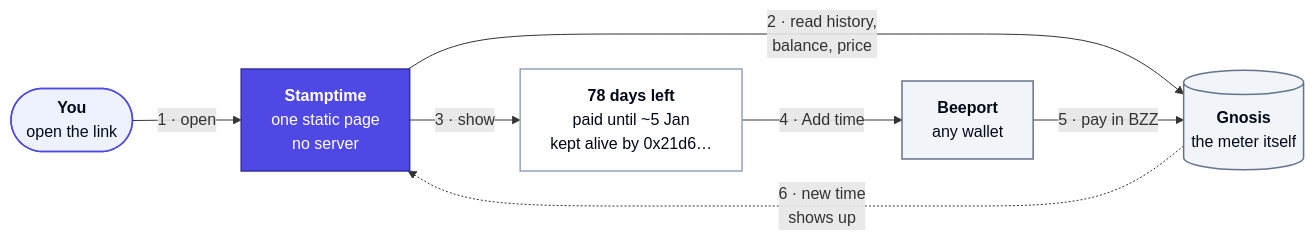
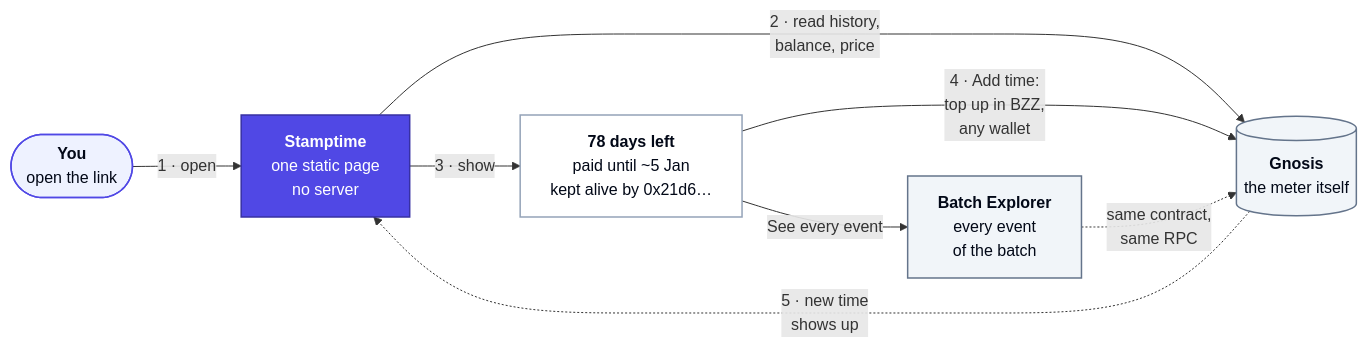
Before and after one commit to tonytony32/stamptime: the first of 2 diagrams in README.md, drawn with Mermaid. The commit also changed other lines of this file, not shown here.

Commit message:
Draw Batch Explorer in the README's two pictures
Both diagrams now show where the page meets Batch Explorer: the link
to every event of the batch, the same link when a stamp is not found
or a top up has not shown up yet, and the contract, RPC and BZZ to USD
rate both read.

````diff
--- a/README.md
+++ b/README.md
@@ -22,24 +22,25 @@
 ```mermaid
 flowchart LR
   you(["<b>You</b><br/>open the link"])
   page["<b>Stamptime</b><br/>one static page<br/>no server"]
   chain[("<b>Gnosis</b><br/>the meter itself")]
   screen["<b>78 days left</b><br/>paid until ~5 Jan<br/>kept alive by 0x21d6…"]
-  beeport["<b>Beeport</b><br/>any wallet"]
+  explorer["<b>Batch Explorer</b><br/>every event<br/>of the batch"]
 
   you -- "1 · open" --> page
   page -- "2 · read history,<br/>balance, price" --> chain
   page -- "3 · show" --> screen
-  screen -- "4 · Add time" --> beeport
-  beeport -- "5 · pay in BZZ" --> chain
-  chain -. "6 · new time<br/>shows up" .-> page
+  screen -- "4 · Add time:<br/>top up in BZZ,<br/>any wallet" --> chain
+  chain -. "5 · new time<br/>shows up" .-> page
+  screen -- "See every event" --> explorer
+  explorer -. "same contract,<br/>same RPC" .-> chain
 
   classDef person fill:#EEF2FF,stroke:#5048E5,stroke-width:1.5px,color:#020817
   classDef star fill:#5048E5,stroke:#3730A3,stroke-width:1.5px,color:#FFFFFF
   classDef plain fill:#F1F5F9,stroke:#64748B,stroke-width:1.5px,color:#020817
   classDef card fill:#FFFFFF,stroke:#94A3B8,stroke-width:1.5px,color:#020817
   class you person
   class page star
-  class chain,beeport plain
+  class chain,explorer plain
   class screen card
 ```
````
